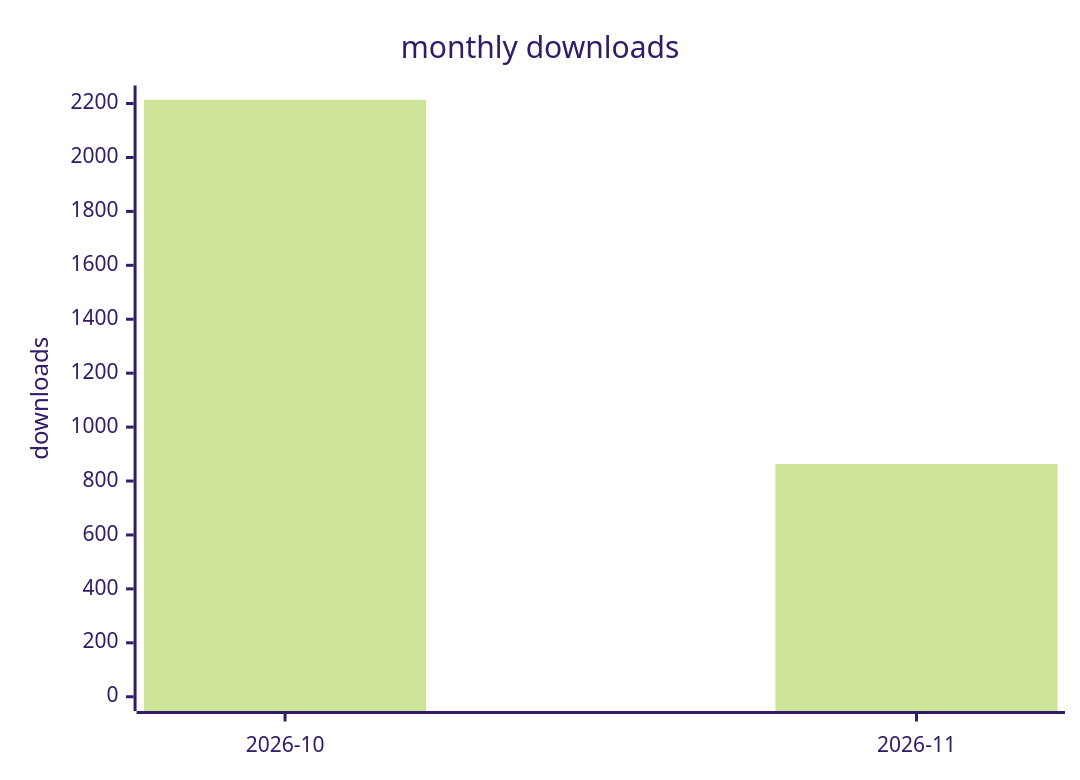
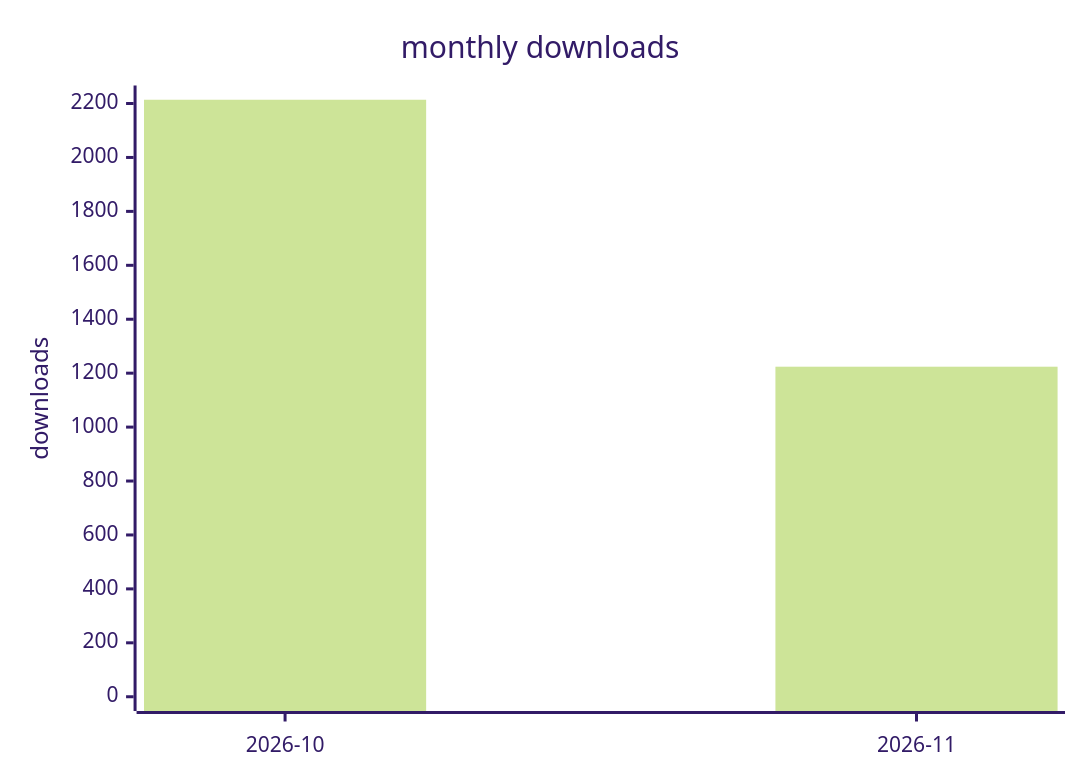
One commit to terry2010/dsh-rss-news-daily changed the second of 2 diagrams in docs/downloads-2026.md. Above: the diagram before and after it, drawn with Mermaid (forest theme). The commit also changed other lines of this file and 1 other file, not shown here.

````diff
--- a/docs/downloads-2026.md
+++ b/docs/downloads-2026.md
@@ -29,7 +29,7 @@
 ```mermaid
 xychart-beta
     title "monthly downloads"
     x-axis ["2026-10", "2026-11"]
     y-axis "downloads" 0 --> 2214
-    bar [2214, 863]
+    bar [2214, 1224]
 ```
````
